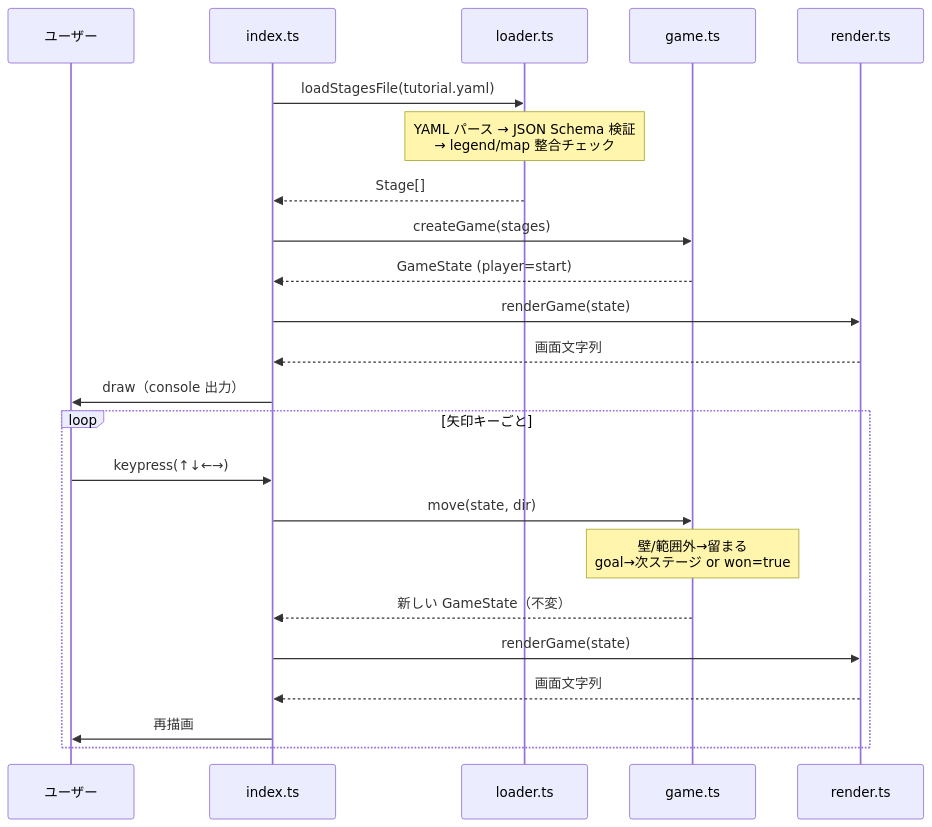
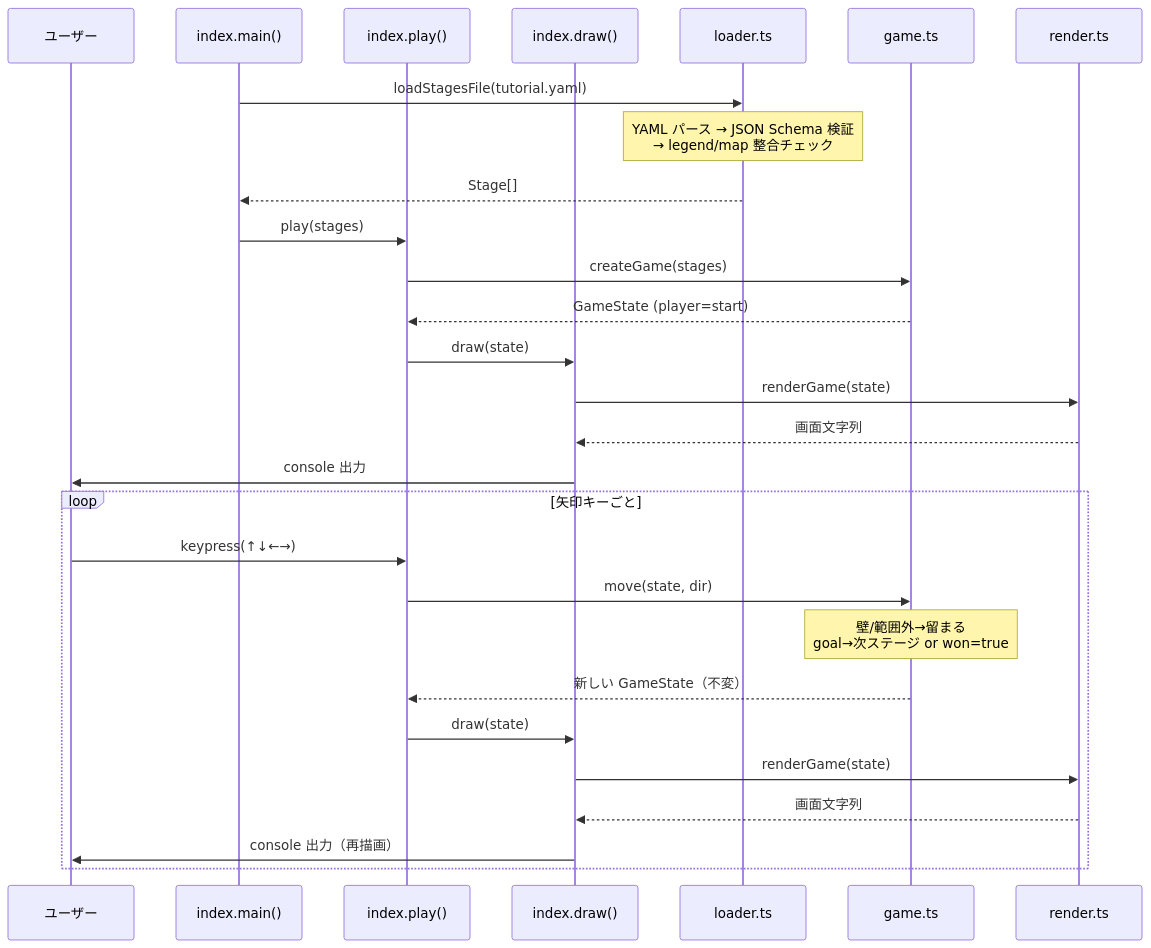
Before and after one commit to bubbleShaker/yaml-crawl: the third of 3 diagrams in summary/architecture-uml.md, drawn with Mermaid. The commit also changed other lines of this file, not shown here.

Commit message:
docs: レビュー指摘を反映し UML 図の正確性を改善 (#19)
- シーケンス図に main/play/draw を明示し呼び出し主体のズレを解消
- I/O 記述を「実行時のユーザー I/O は index だけ」に限定
- TileKind/Direction を enum ではなく文字列ユニオン型として表記

````diff
--- a/summary/architecture-uml.md
+++ b/summary/architecture-uml.md
@@ -88,27 +89,32 @@
 ```mermaid
 sequenceDiagram
     participant U as ユーザー
-    participant I as index.ts
+    participant M as index.main()
+    participant P as index.play()
+    participant D as index.draw()
     participant L as loader.ts
     participant G as game.ts
     participant R as render.ts
 
-    I->>L: loadStagesFile(tutorial.yaml)
+    M->>L: loadStagesFile(tutorial.yaml)
     Note over L: YAML パース → JSON Schema 検証<br/>→ legend/map 整合チェック
-    L-->>I: Stage[]
-    I->>G: createGame(stages)
-    G-->>I: GameState (player=start)
-    I->>R: renderGame(state)
-    R-->>I: 画面文字列
-    I->>U: draw（console 出力）
+    L-->>M: Stage[]
+    M->>P: play(stages)
+    P->>G: createGame(stages)
+    G-->>P: GameState (player=start)
+    P->>D: draw(state)
+    D->>R: renderGame(state)
+    R-->>D: 画面文字列
+    D->>U: console 出力
 
     loop 矢印キーごと
-        U->>I: keypress(↑↓←→)
-        I->>G: move(state, dir)
+        U->>P: keypress(↑↓←→)
+        P->>G: move(state, dir)
         Note over G: 壁/範囲外→留まる<br/>goal→次ステージ or won=true
-        G-->>I: 新しい GameState（不変）
-        I->>R: renderGame(state)
-        R-->>I: 画面文字列
-        I->>U: 再描画
+        G-->>P: 新しい GameState（不変）
+        P->>D: draw(state)
+        D->>R: renderGame(state)
+        R-->>D: 画面文字列
+        D->>U: console 出力（再描画）
     end
 ```
````
